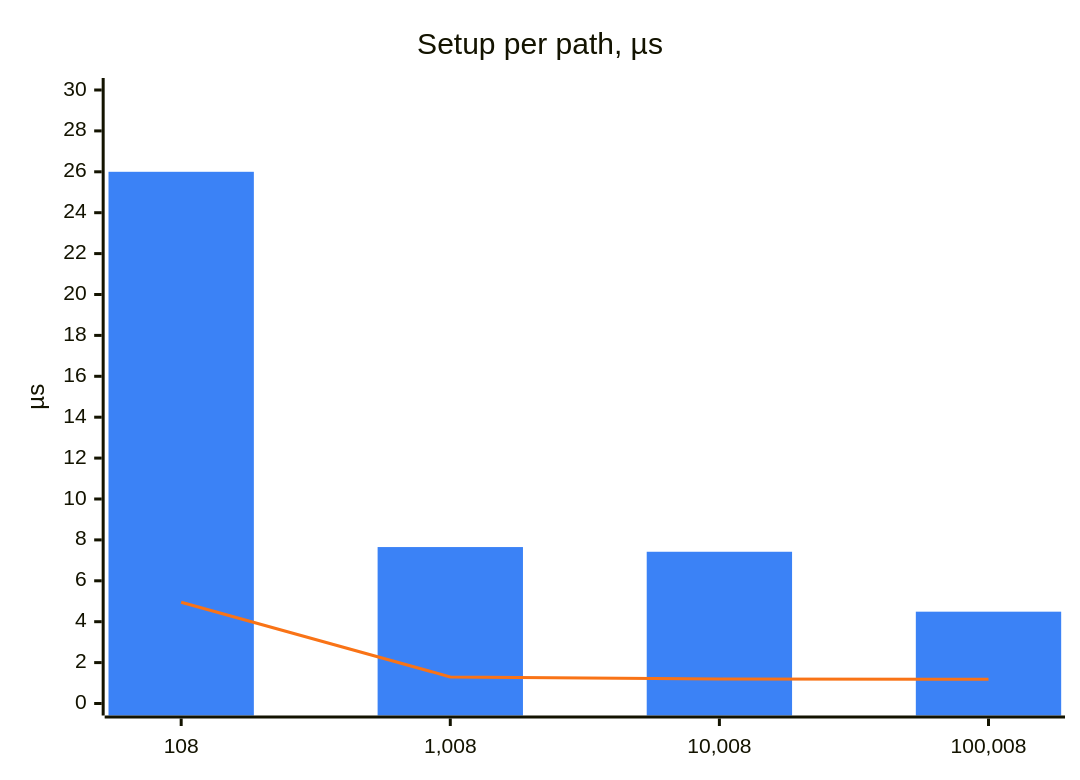
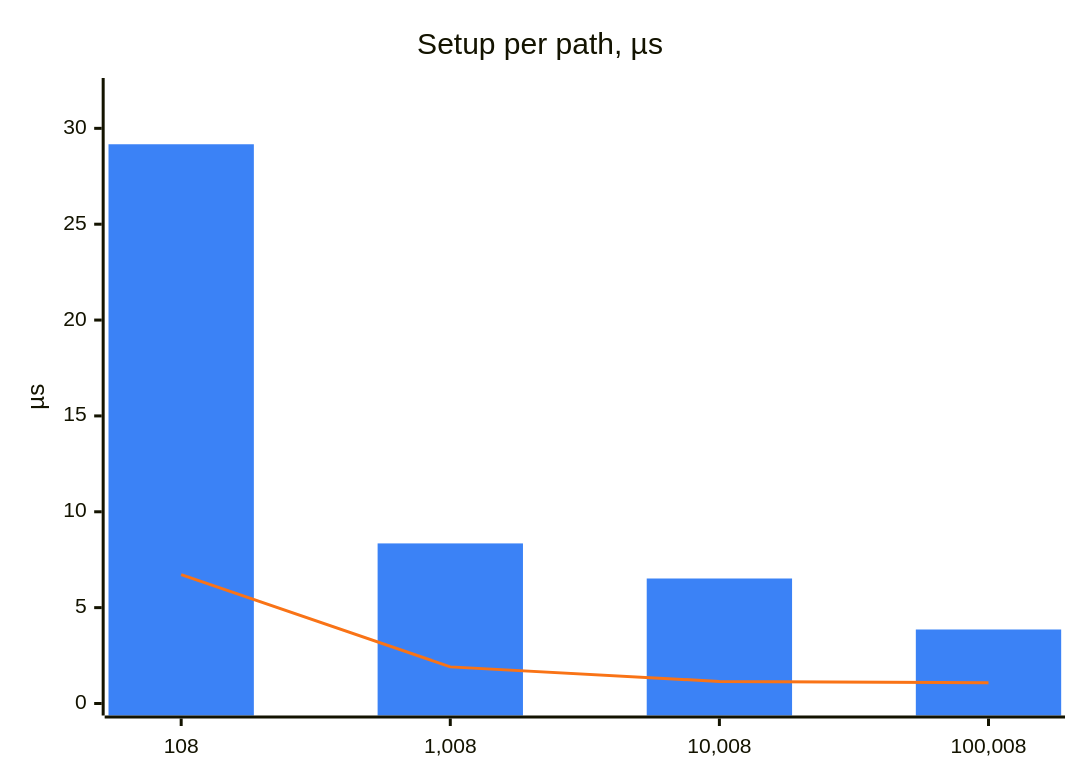
Before and after one commit to DyHex/POMWright: the third of 4 diagrams in website/src/content/docs/internal/performance.md, drawn with Mermaid. The commit also changed other lines of this file and 1 other file, not shown here.

````diff
--- a/website/src/content/docs/internal/performance.md
+++ b/website/src/content/docs/internal/performance.md
@@ -112,9 +138,9 @@
 ```mermaid
 %%{init: {"themeVariables": {"xyChart": {"plotColorPalette": "#3b82f6, #f97316"}}}}%%
 xychart-beta
   title "Setup per path, µs"
   x-axis ["108", "1,008", "10,008", "100,008"]
-  y-axis "µs" 0 --> 30
-  bar [26, 7.65, 7.42, 4.49]
-  line [4.95, 1.3, 1.2, 1.19]
+  y-axis "µs" 0 --> 32
+  bar [29.17, 8.35, 6.52, 3.86]
+  line [6.72, 1.91, 1.15, 1.08]
 ```
````
